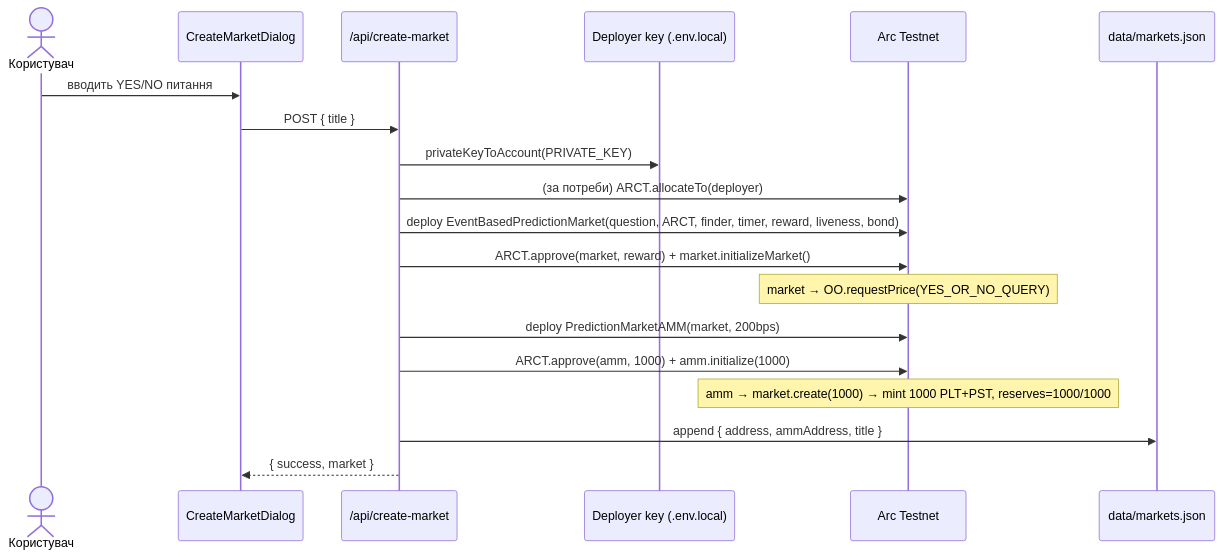
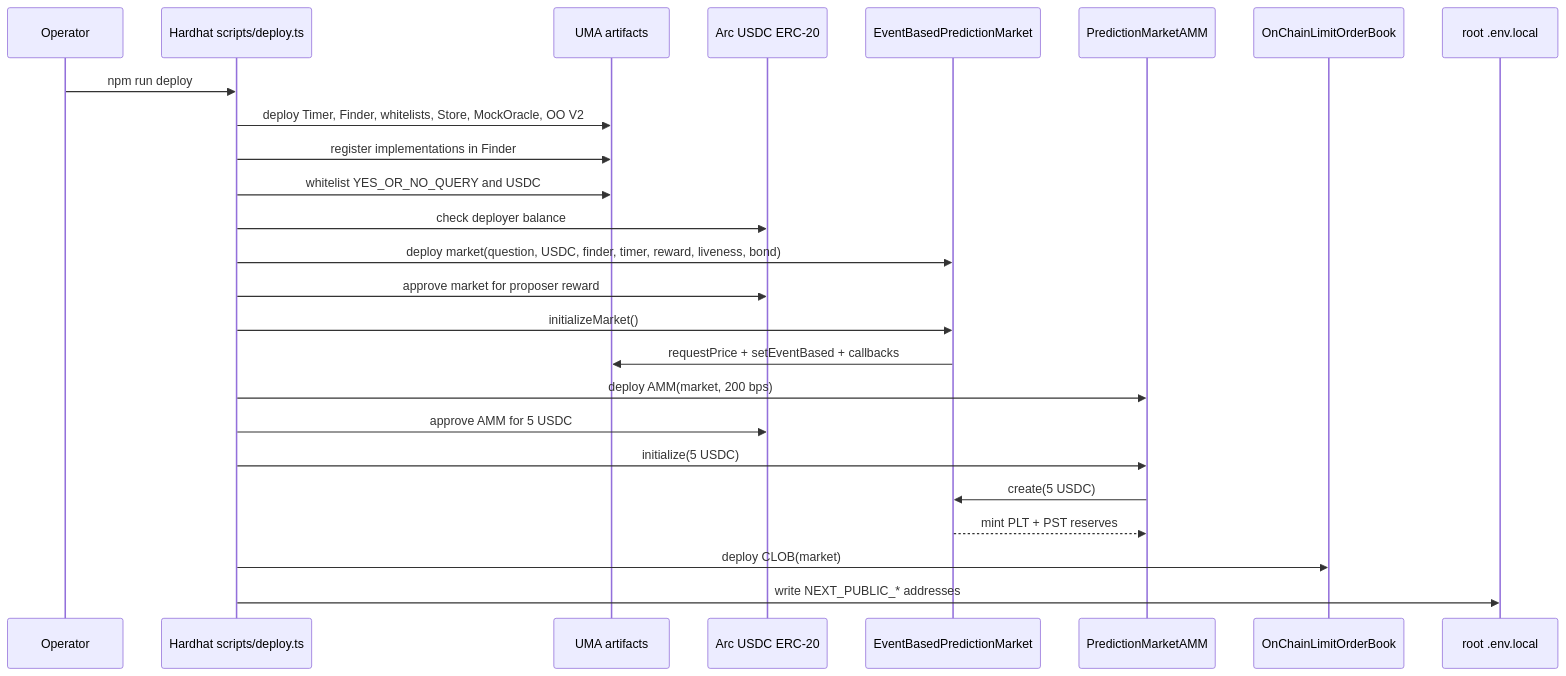
One commit to Kirashchuk/Predict-Edge changed the fourth of 9 diagrams in docs/architecture-diagram.md. Above: the diagram before and after it, drawn with Mermaid. The commit also changed other lines of this file and 42 other files, not shown here.

First line of the commit message:
Add on-chain CLOB limit order book + deploy ETH-market CLOB

````diff
--- a/docs/architecture-diagram.md
+++ b/docs/architecture-diagram.md
@@ -128,22 +126,28 @@
 ```mermaid
 sequenceDiagram
-    actor U as Користувач
-    participant UI as CreateMarketDialog
-    participant API as /api/create-market
-    participant DK as Deployer key (.env.local)
-    participant CH as Arc Testnet
-    participant DB as data/markets.json
+    participant Op as Operator
+    participant HH as Hardhat scripts/deploy.ts
+    participant UMA as UMA artifacts
+    participant USDC as Arc USDC ERC-20
+    participant MKT as EventBasedPredictionMarket
+    participant AMM as PredictionMarketAMM
+    participant CLOB as OnChainLimitOrderBook
+    participant Env as root .env.local
 
-    U->>UI: вводить YES/NO питання
-    UI->>API: POST { title }
-    API->>DK: privateKeyToAccount(PRIVATE_KEY)
-    API->>CH: (за потреби) ARCT.allocateTo(deployer)
-    API->>CH: deploy EventBasedPredictionMarket(question, ARCT, finder, timer, reward, liveness, bond)
-    API->>CH: ARCT.approve(market, reward) + market.initializeMarket()
-    Note over CH: market → OO.requestPrice(YES_OR_NO_QUERY)
-    API->>CH: deploy PredictionMarketAMM(market, 200bps)
-    API->>CH: ARCT.approve(amm, 1000) + amm.initialize(1000)
-    Note over CH: amm → market.create(1000) → mint 1000 PLT+PST, reserves=1000/1000
-    API->>DB: append { address, ammAddress, title }
-    API-->>UI: { success, market }
+    Op->>HH: npm run deploy
+    HH->>UMA: deploy Timer, Finder, whitelists, Store, MockOracle, OO V2
+    HH->>UMA: register implementations in Finder
+    HH->>UMA: whitelist YES_OR_NO_QUERY and USDC
+    HH->>USDC: check deployer balance
+    HH->>MKT: deploy market(question, USDC, finder, timer, reward, liveness, bond)
+    HH->>USDC: approve market for proposer reward
+    HH->>MKT: initializeMarket()
+    MKT->>UMA: requestPrice + setEventBased + callbacks
+    HH->>AMM: deploy AMM(market, 200 bps)
+    HH->>USDC: approve AMM for 5 USDC
+    HH->>AMM: initialize(5 USDC)
+    AMM->>MKT: create(5 USDC)
+    MKT-->>AMM: mint PLT + PST reserves
+    HH->>CLOB: deploy CLOB(market)
+    HH->>Env: write NEXT_PUBLIC_* addresses
 ```
````
